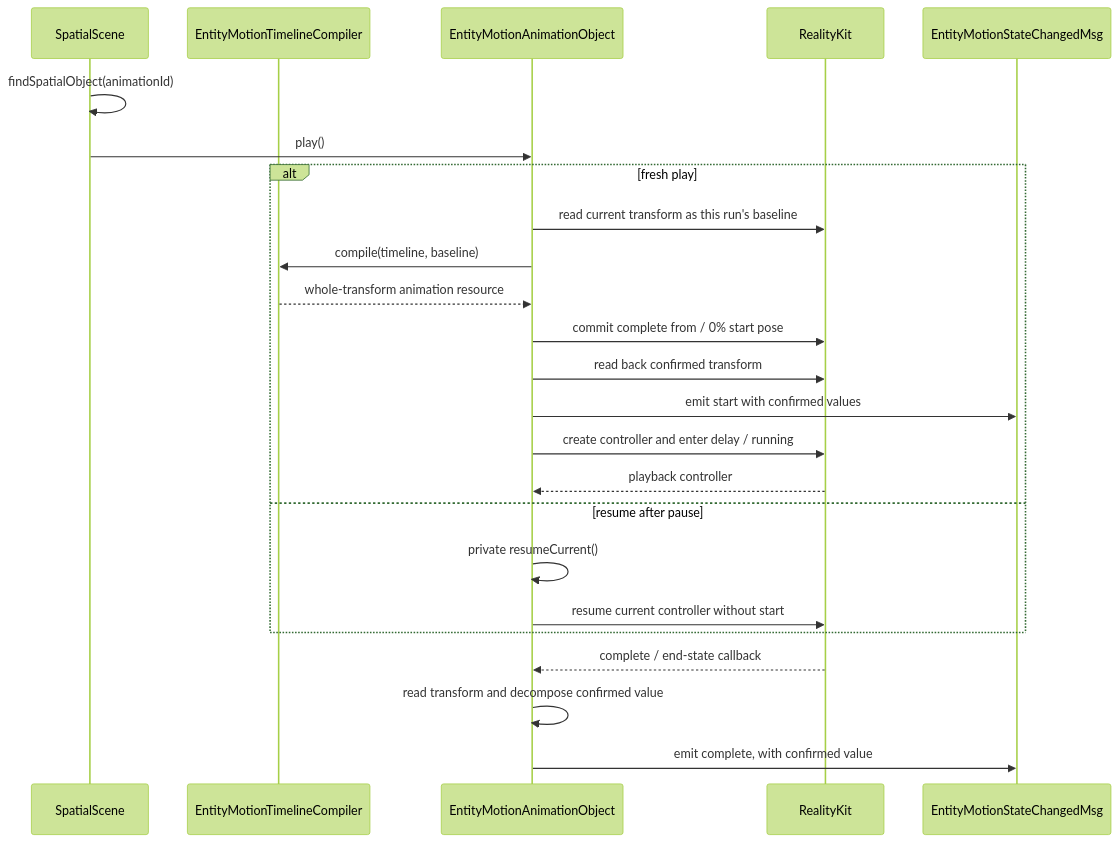
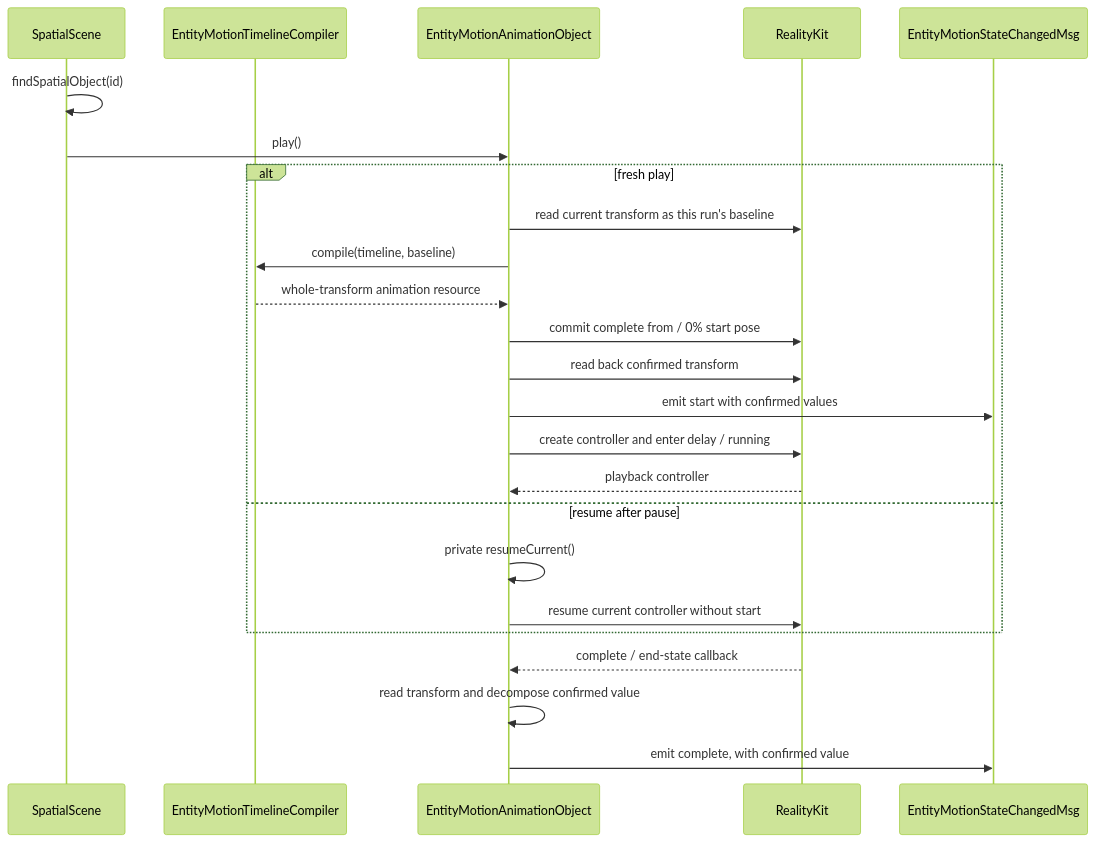
Before and after one commit to webspatial/webspatial-sdk: diagram 11 of 14 in openspec/changes/redesign-entity-motion-api/design.md, drawn with Mermaid (forest theme). The commit also changed other lines of this file and 7 other files, not shown here.

````diff
--- a/openspec/changes/redesign-entity-motion-api/design.md
+++ b/openspec/changes/redesign-entity-motion-api/design.md
@@ -1086,27 +1162,27 @@
 ```mermaid
 sequenceDiagram
     participant Scene as SpatialScene
     participant Compiler as EntityMotionTimelineCompiler
     participant Obj as EntityMotionAnimationObject
     participant RK as RealityKit
     participant Event as EntityMotionStateChangedMsg
 
-    Scene->>Scene: findSpatialObject(animationId)
+    Scene->>Scene: findSpatialObject(id)
     Scene->>Obj: play()
     alt fresh play
         Obj->>RK: read current transform as this run's baseline
         Obj->>Compiler: compile(timeline, baseline)
         Compiler-->>Obj: whole-transform animation resource
         Obj->>RK: commit complete from / 0% start pose
         Obj->>RK: read back confirmed transform
         Obj->>Event: emit start with confirmed values
         Obj->>RK: create controller and enter delay / running
         RK-->>Obj: playback controller
     else resume after pause
         Obj->>Obj: private resumeCurrent()
         Obj->>RK: resume current controller without start
     end
     RK-->>Obj: complete / end-state callback
     Obj->>Obj: read transform and decompose confirmed value
     Obj->>Event: emit complete, with confirmed value
 ```
````
